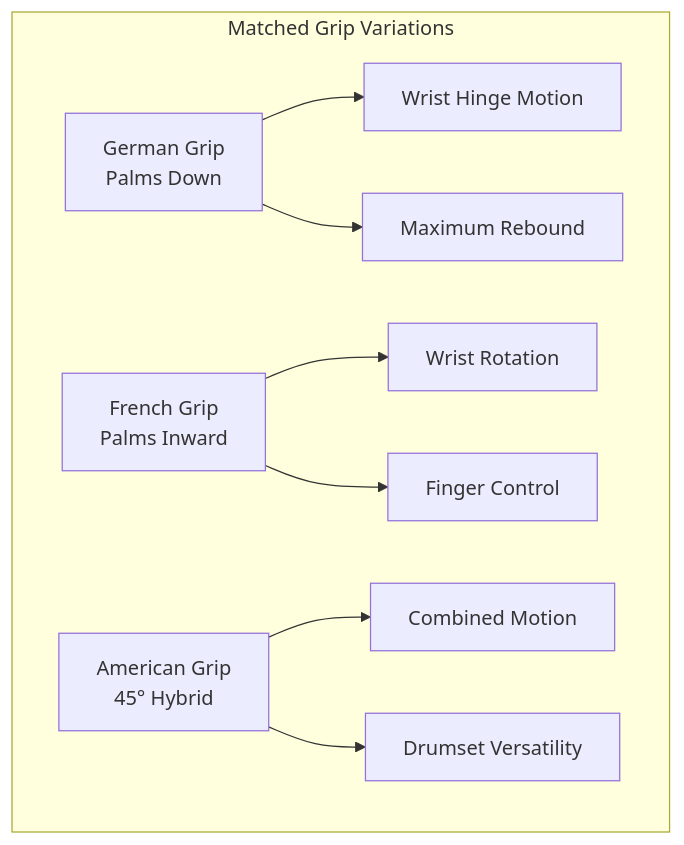
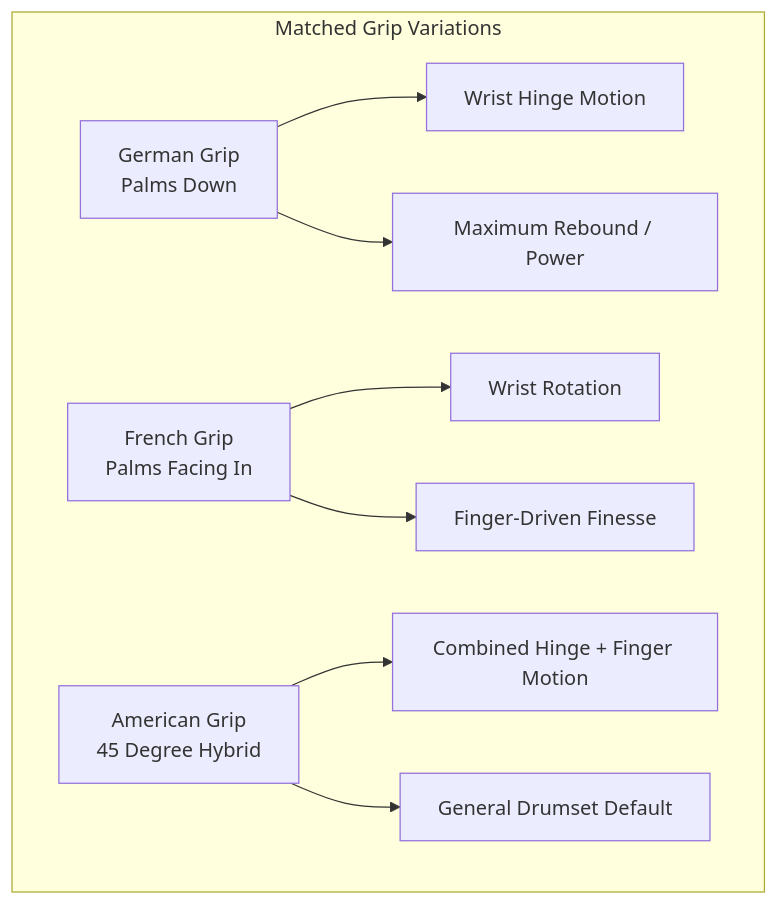
One commit to blebleblee/synapse changed the first of 5 diagrams in topics/arts/music_performance/drums/lesson_01_rudiments_grip_and_rebound.md. Above: the diagram before and after it, drawn with Mermaid. The commit also changed other lines of this file and 2 other files, not shown here.

````diff
--- a/topics/arts/music_performance/drums/lesson_01_rudiments_grip_and_rebound.md
+++ b/topics/arts/music_performance/drums/lesson_01_rudiments_grip_and_rebound.md
@@ -56,11 +54,11 @@
 ```mermaid
 graph TB
     subgraph sub_grip_types ["Matched Grip Variations"]
-        A["German Grip<br/>Palms Down"] --> A1[Wrist Hinge Motion]
-        A --> A2[Maximum Rebound]
-        B["French Grip<br/>Palms Inward"] --> B1[Wrist Rotation]
-        B --> B2[Finger Control]
-        C["American Grip<br/>45° Hybrid"] --> C1[Combined Motion]
-        C --> C2[Drumset Versatility]
+        A["German Grip<br/>Palms Down"] --> A1["Wrist Hinge Motion"]
+        A --> A2["Maximum Rebound / Power"]
+        B["French Grip<br/>Palms Facing In"] --> B1["Wrist Rotation"]
+        B --> B2["Finger-Driven Finesse"]
+        C["American Grip<br/>45 Degree Hybrid"] --> C1["Combined Hinge + Finger Motion"]
+        C --> C2["General Drumset Default"]
     end
 ```
````
